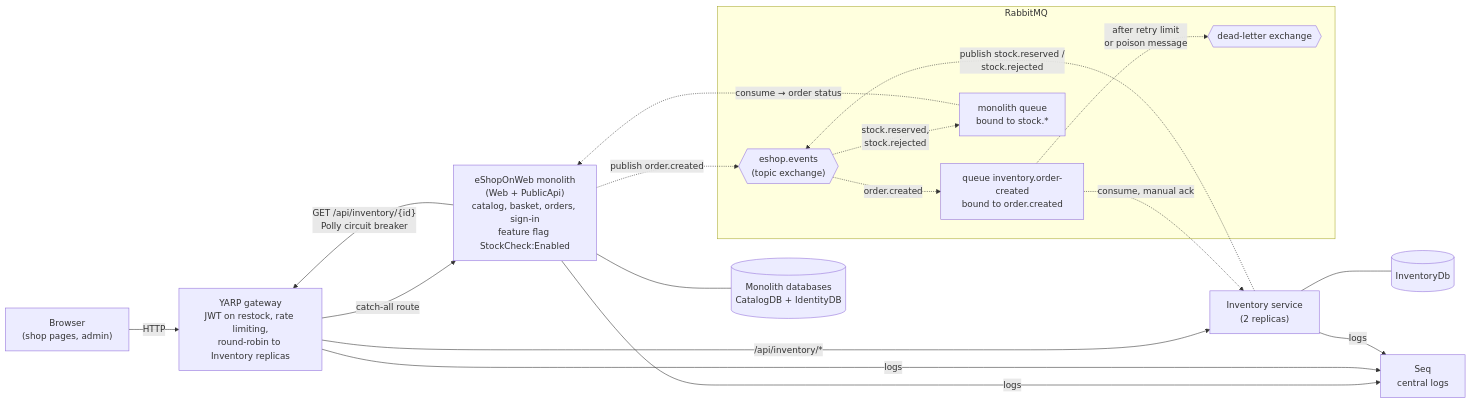
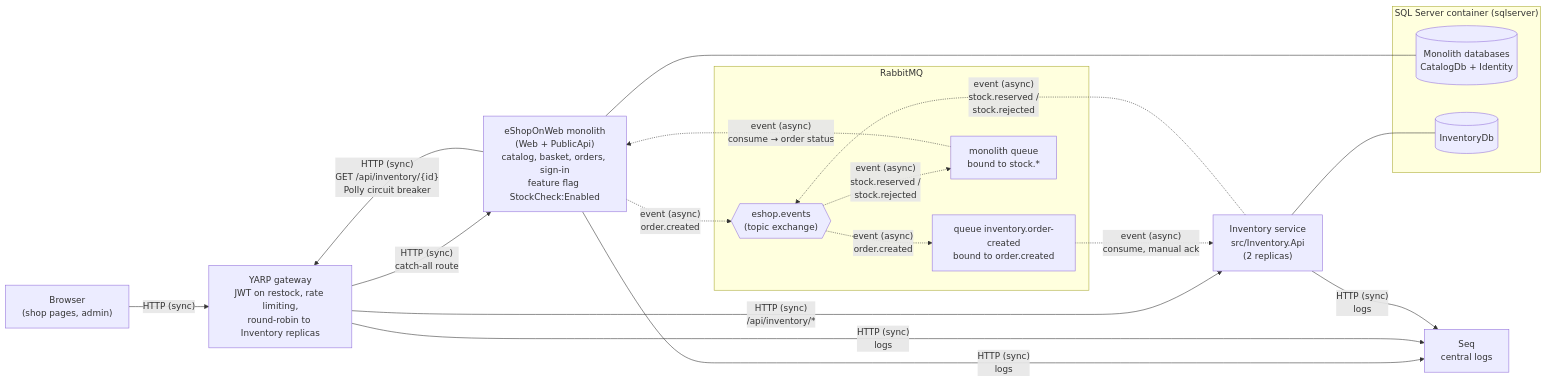
The first of 2 diagrams in architecture/02-target-architecture.md (shoaibalirts/eShopOnWeb), drawn with Mermaid before and after one commit. The commit also changed other lines of this file, not shown here.

Commit message:
Label diagram arrows, add order saga sequence, drop cut dead-letter exchange

````diff
--- a/architecture/02-target-architecture.md
+++ b/architecture/02-target-architecture.md
@@ -8,41 +8,42 @@
 ```mermaid
 graph LR
     Browser["Browser<br/>(shop pages, admin)"]
 
     GW["YARP gateway<br/>JWT on restock, rate limiting,<br/>round-robin to Inventory replicas"]
 
     Mono["eShopOnWeb monolith<br/>(Web + PublicApi)<br/>catalog, basket, orders, sign-in<br/>feature flag StockCheck:Enabled"]
-    MonoDB[("Monolith databases<br/>CatalogDB + IdentityDB")]
 
-    Inv["Inventory service<br/>(2 replicas)"]
-    InvDB[("InventoryDb")]
+    Inv["Inventory service<br/>src/Inventory.Api<br/>(2 replicas)"]
+
+    subgraph SQL["SQL Server container (sqlserver)"]
+        MonoDB[("Monolith databases<br/>CatalogDb + Identity")]
+        InvDB[("InventoryDb")]
+    end
 
     subgraph MQ["RabbitMQ"]
         EX{{"eshop.events<br/>(topic exchange)"}}
         QInv["queue inventory.order-created<br/>bound to order.created"]
         QMono["monolith queue<br/>bound to stock.*"]
-        DLX{{"dead-letter exchange"}}
     end
 
     Seq["Seq<br/>central logs"]
 
-    Browser -- "HTTP" --> GW
-    GW -- "catch-all route" --> Mono
-    GW -- "/api/inventory/*" --> Inv
-    Mono -- "GET /api/inventory/{id}<br/>Polly circuit breaker" --> GW
+    Browser -- "HTTP (sync)" --> GW
+    GW -- "HTTP (sync)<br/>catch-all route" --> Mono
+    GW -- "HTTP (sync)<br/>/api/inventory/*" --> Inv
+    Mono -- "HTTP (sync)<br/>GET /api/inventory/{id}<br/>Polly circuit breaker" --> GW
 
     Mono --- MonoDB
     Inv --- InvDB
 
-    Mono -. "publish order.created" .-> EX
-    EX -. "order.created" .-> QInv
-    QInv -. "consume, manual ack" .-> Inv
-    Inv -. "publish stock.reserved /<br/>stock.rejected" .-> EX
-    EX -. "stock.reserved,<br/>stock.rejected" .-> QMono
-    QMono -. "consume → order status" .-> Mono
-    QInv -. "after retry limit<br/>or poison message" .-> DLX
+    Mono -. "event (async)<br/>order.created" .-> EX
+    EX -. "event (async)<br/>order.created" .-> QInv
+    QInv -. "event (async)<br/>consume, manual ack" .-> Inv
+    Inv -. "event (async)<br/>stock.reserved /<br/>stock.rejected" .-> EX
+    EX -. "event (async)<br/>stock.reserved /<br/>stock.rejected" .-> QMono
+    QMono -. "event (async)<br/>consume → order status" .-> Mono
 
-    Mono -- "logs" --> Seq
-    GW -- "logs" --> Seq
-    Inv -- "logs" --> Seq
+    Mono -- "HTTP (sync)<br/>logs" --> Seq
+    GW -- "HTTP (sync)<br/>logs" --> Seq
+    Inv -- "HTTP (sync)<br/>logs" --> Seq
 ```
````
